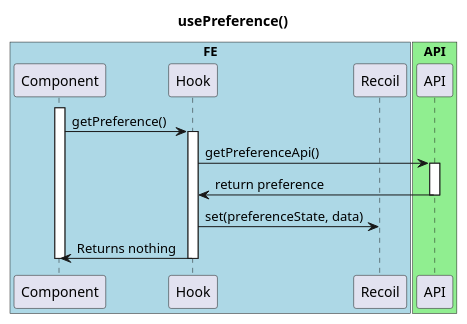
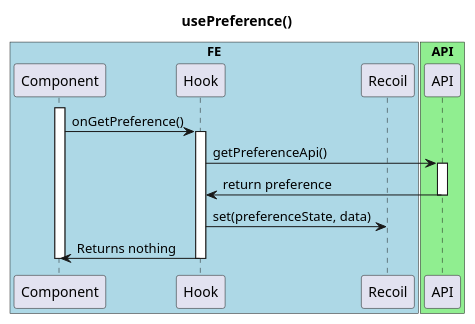
Before and after one commit to ajktown/docs: the second of 2 diagrams in dev/diagrams/on-click-refresh-button.md, drawn with PlantUML. The commit also changed other lines of this file, not shown here.

````diff
--- a/dev/diagrams/on-click-refresh-button.md
+++ b/dev/diagrams/on-click-refresh-button.md
@@ -63,29 +63,29 @@
 ```plantuml
 
 @startuml
 
 title usePreference()
 
 box "FE" #Lightblue
   participant "Component" as fe
   participant "Hook" as hook
   participant "Recoil" as recoil
 box
 box "API" #Lightgreen
   participant "API" as api
 box
 
 
 
   activate fe
-    fe -> hook: getPreference()
+    fe -> hook: onGetPreference()
     activate hook
       hook -> api: getPreferenceApi()
       activate api
         hook <- api: return preference
       deactivate api
       hook -> recoil: set(preferenceState, data)
       fe <- hook: Returns nothing
     deactivate hook
   deactivate fe
 ```
````
